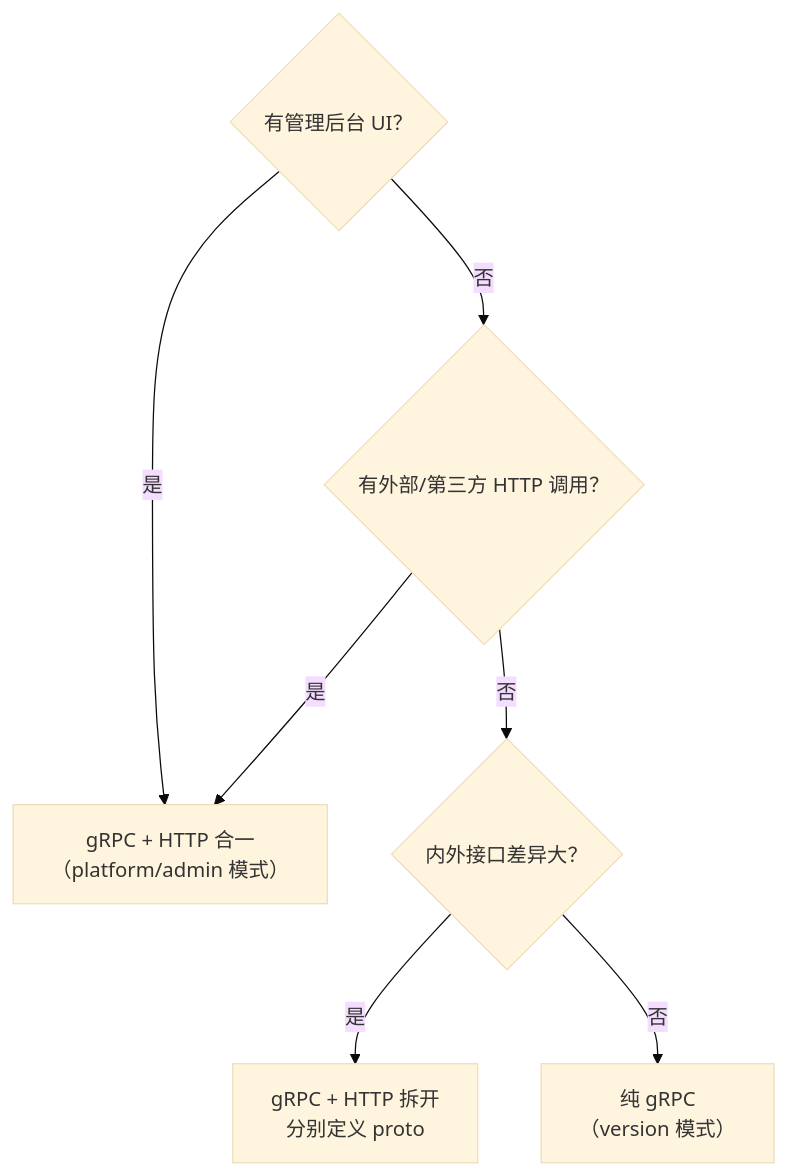
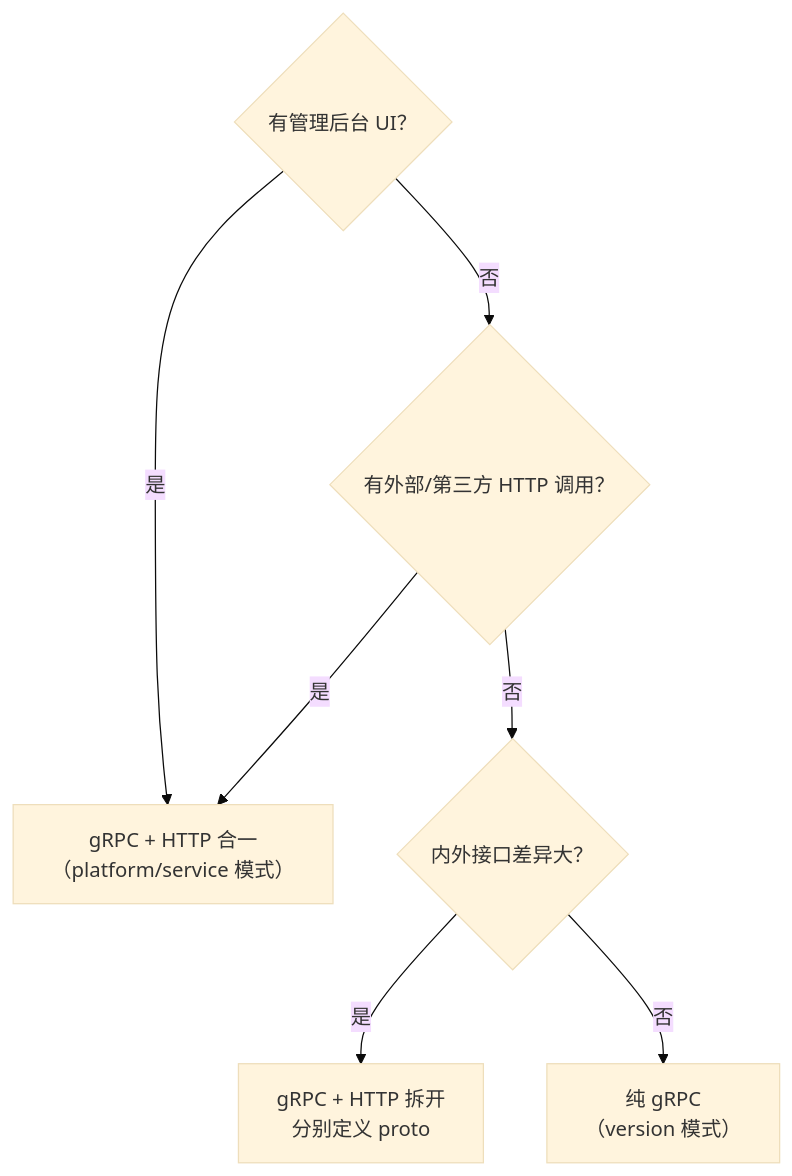
One commit to stack-haven/avmc changed the diagram in docs/architecture/4-1-治理-产品服务模块接入规范.md. Above: the diagram before and after it, drawn with Mermaid (base theme). The commit also changed other lines of this file and 19 other files, not shown here.

````diff
--- a/docs/architecture/4-1-治理-产品服务模块接入规范.md
+++ b/docs/architecture/4-1-治理-产品服务模块接入规范.md
@@ -37,13 +37,13 @@
 ```mermaid
 flowchart TD
     Q1{"有管理后台 UI？"}
     Q2{"有外部/第三方 HTTP 调用？"}
     Q3{"内外接口差异大？"}
 
-    Q1 -->|"是"| Combined["gRPC + HTTP 合一<br/>（platform/admin 模式）"]
+    Q1 -->|"是"| Combined["gRPC + HTTP 合一<br/>（platform/service 模式）"]
     Q1 -->|"否"| Q2
     Q2 -->|"是"| Combined
     Q2 -->|"否"| Q3
     Q3 -->|"是"| Separate["gRPC + HTTP 拆开<br/>分别定义 proto"]
     Q3 -->|"否"| PureGRPC["纯 gRPC<br/>（version 模式）"]
 ```
````
